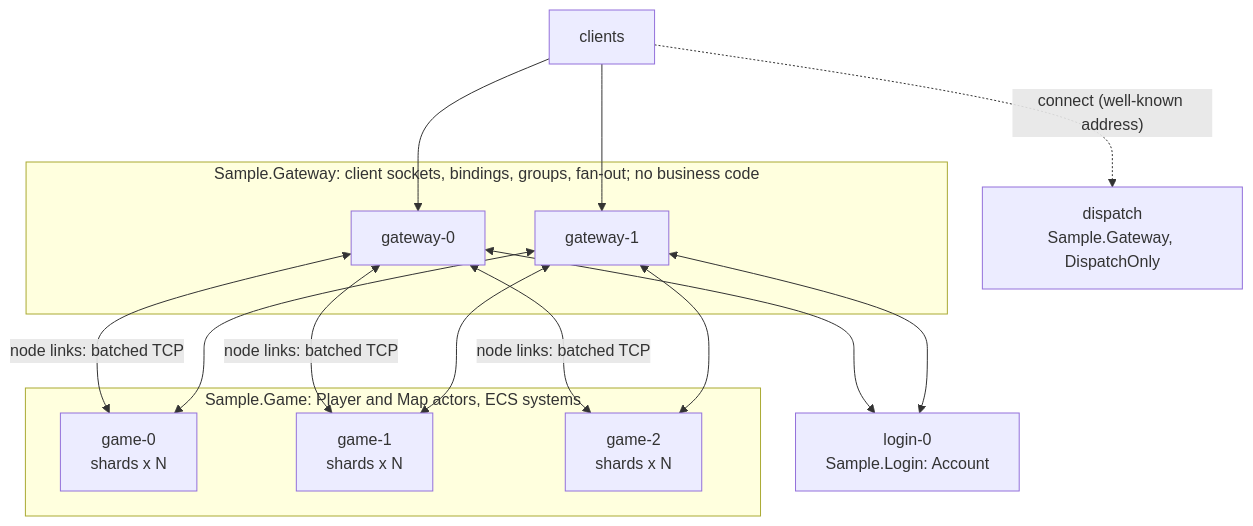
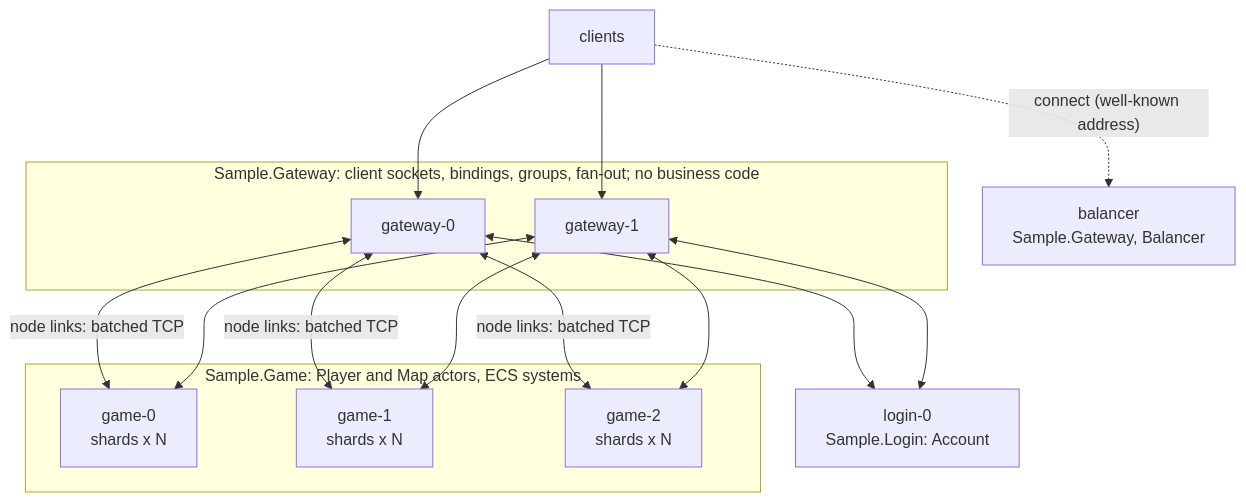
Before and after one commit to JasonXuDeveloper/DaServer: the second of 4 diagrams in doc/design.md, drawn with Mermaid. The commit also changed other lines of this file and 5 other files, not shown here.

````diff
--- a/doc/design.md
+++ b/doc/design.md
@@ -154,18 +154,18 @@
 ```mermaid
 flowchart TB
-    C[clients] -. "connect (well-known address)" .-> D[dispatch<br/>Sample.Gateway, DispatchOnly]
+    C[clients] -. "connect (well-known address)" .-> D[balancer<br/>Sample.Gateway, Balancer]
     C --> G1 & G2
     subgraph gateways [Sample.Gateway: client sockets, bindings, groups, fan-out; no business code]
         G1[gateway-0]
         G2[gateway-1]
     end
     L[login-0<br/>Sample.Login: Account]
     G1 & G2 <--> L
     subgraph game [Sample.Game: Player and Map actors, ECS systems]
         N1[game-0<br/>shards x N]
         N2[game-1<br/>shards x N]
         N3[game-2<br/>shards x N]
     end
     G1 <-->|node links: batched TCP| N1 & N2 & N3
     G2 <--> N1 & N2 & N3
 ```
````
